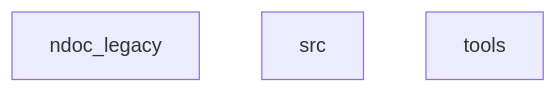
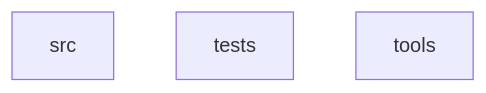
Before and after one commit to a986836755-max/Niki-docAI: the diagram in _ARCH.md, drawn with Mermaid. The commit also changed other lines of this file and 107 other files, not shown here.

````diff
--- a/_ARCH.md
+++ b/_ARCH.md
@@ -52,6 +53,6 @@
 ```mermaid
 graph TD;
-    ndoc_legacy;
     src;
+    tests;
     tools;
 ```
````
